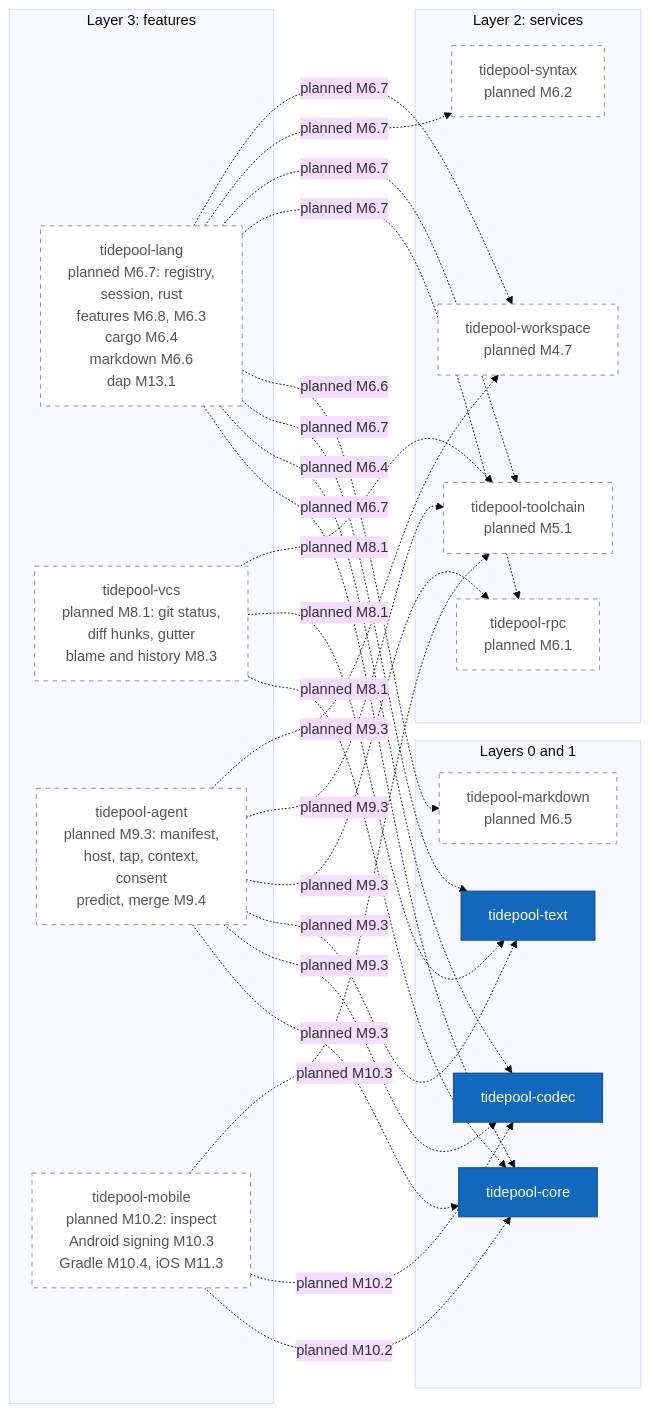
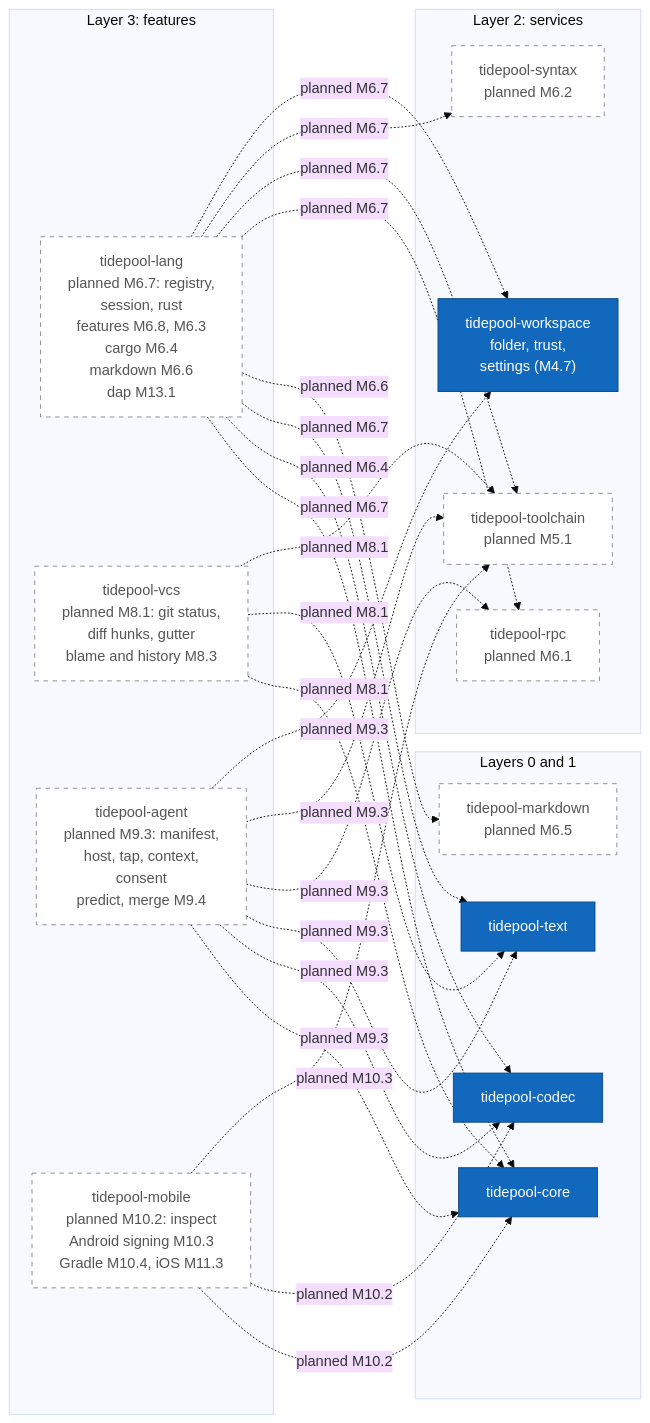
The eighth of 17 diagrams in diagrams/c4-architecture.md (jabbott-iii/Tidepool), drawn with Mermaid (base theme) before and after one commit. The commit also changed other lines of this file and 54 other files, not shown here.

First line of the commit message:
feat(workspace,app): folders, ignore files, trust and settings (M4.7)

````diff
--- a/diagrams/c4-architecture.md
+++ b/diagrams/c4-architecture.md
@@ -439,47 +442,47 @@
 ```mermaid
 flowchart LR
     subgraph L3["Layer 3: features"]
         k_lang["tidepool-lang<br/>planned M6.7: registry,<br/>session, rust<br/>features M6.8, M6.3<br/>cargo M6.4<br/>markdown M6.6<br/>dap M13.1"]
         k_vcs["tidepool-vcs<br/>planned M8.1: git status,<br/>diff hunks, gutter<br/>blame and history M8.3"]
         k_agent["tidepool-agent<br/>planned M9.3: manifest,<br/>host, tap, context,<br/>consent<br/>predict, merge M9.4"]
         k_mobile["tidepool-mobile<br/>planned M10.2: inspect<br/>Android signing M10.3<br/>Gradle M10.4, iOS M11.3"]
     end
     subgraph L2["Layer 2: services"]
         k_rpc["tidepool-rpc<br/>planned M6.1"]
         k_toolchain["tidepool-toolchain<br/>planned M5.1"]
         k_syntax["tidepool-syntax<br/>planned M6.2"]
-        k_workspace["tidepool-workspace<br/>planned M4.7"]
+        k_workspace["tidepool-workspace<br/>folder, trust,<br/>settings (M4.7)"]
     end
     subgraph L01["Layers 0 and 1"]
         k_codec["tidepool-codec"]
         k_text["tidepool-text"]
         k_markdown["tidepool-markdown<br/>planned M6.5"]
         k_core["tidepool-core"]
     end
 
     k_lang -.->|"planned M6.7"| k_core
     k_lang -.->|"planned M6.4"| k_codec
     k_lang -.->|"planned M6.7"| k_text
     k_lang -.->|"planned M6.6"| k_markdown
     k_lang -.->|"planned M6.7"| k_rpc
     k_lang -.->|"planned M6.7"| k_toolchain
     k_lang -.->|"planned M6.7"| k_syntax
     k_lang -.->|"planned M6.7"| k_workspace
     k_vcs -.->|"planned M8.1"| k_core
     k_vcs -.->|"planned M8.1"| k_text
     k_vcs -.->|"planned M8.1"| k_toolchain
     k_agent -.->|"planned M9.3"| k_core
     k_agent -.->|"planned M9.3"| k_codec
     k_agent -.->|"planned M9.3"| k_text
     k_agent -.->|"planned M9.3"| k_rpc
     k_agent -.->|"planned M9.3"| k_toolchain
     k_agent -.->|"planned M9.3"| k_workspace
     k_mobile -.->|"planned M10.2"| k_core
     k_mobile -.->|"planned M10.2"| k_codec
     k_mobile -.->|"planned M10.3"| k_toolchain
 
     classDef built fill:#1168bd,stroke:#0b4884,color:#ffffff
     classDef planned fill:#ffffff,stroke:#888888,stroke-dasharray: 5 5,color:#555555
-    class k_codec,k_text,k_core built
-    class k_lang,k_vcs,k_agent,k_mobile,k_rpc,k_toolchain,k_syntax,k_workspace,k_markdown planned
+    class k_codec,k_text,k_core,k_workspace built
+    class k_lang,k_vcs,k_agent,k_mobile,k_rpc,k_toolchain,k_syntax,k_markdown planned
 ```
````
